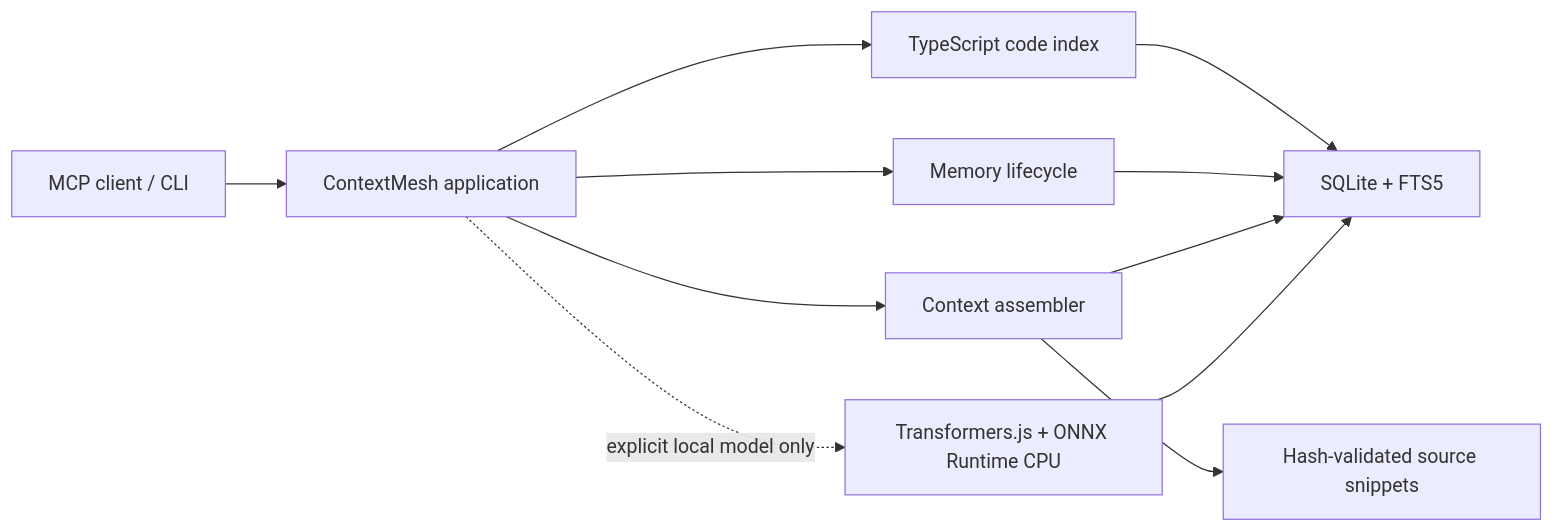
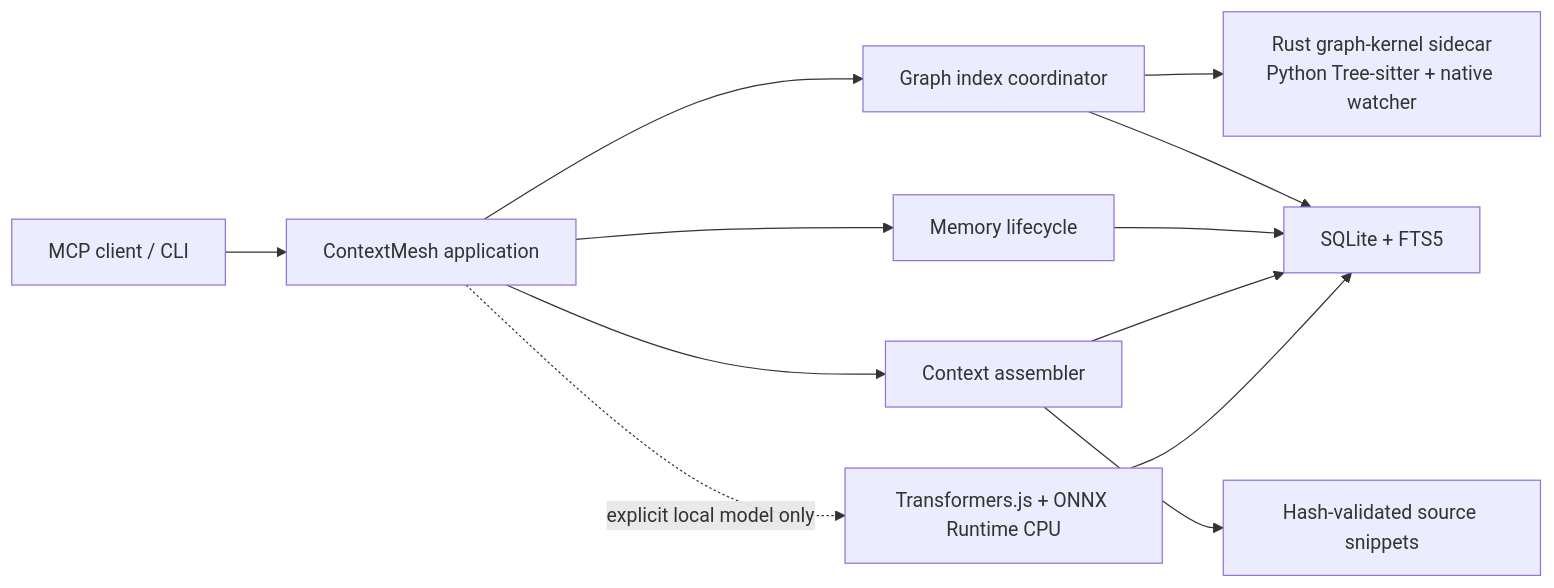
Before and after one commit to gapfixnid/contextmesh: the first of 2 diagrams in docs/architecture.md, drawn with Mermaid. The commit also changed other lines of this file and 34 other files, not shown here.

Commit message:
feat: implement v0.4 native graph fast path

````diff
--- a/docs/architecture.md
+++ b/docs/architecture.md
@@ -5,13 +5,14 @@
 ```mermaid
 flowchart LR
   Client["MCP client / CLI"] --> App["ContextMesh application"]
-  App --> Index["TypeScript code index"]
+  App --> Index["Graph index coordinator"]
+  Index --> Kernel["Rust graph-kernel sidecar<br/>Python Tree-sitter + native watcher"]
   App --> Memory["Memory lifecycle"]
   App --> Context["Context assembler"]
   App -. "explicit local model only" .-> Semantic["Transformers.js + ONNX Runtime CPU"]
   Index --> Storage["SQLite + FTS5"]
   Memory --> Storage
   Context --> Storage
   Semantic --> Storage
   Context --> Source["Hash-validated source snippets"]
 ```
````
